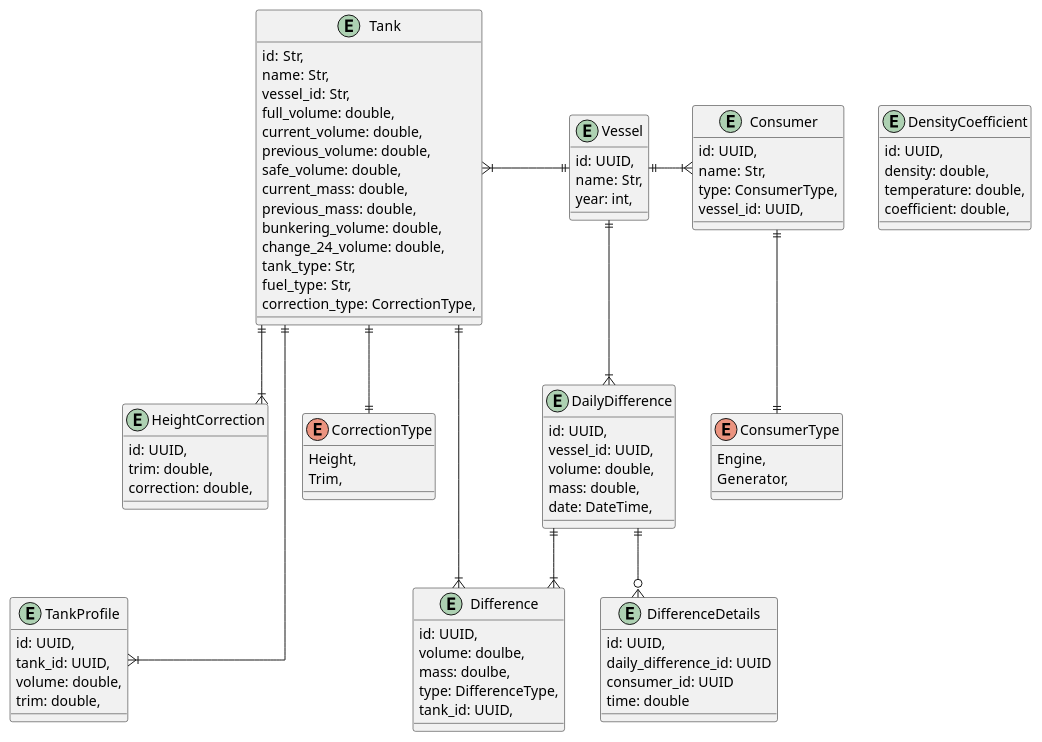
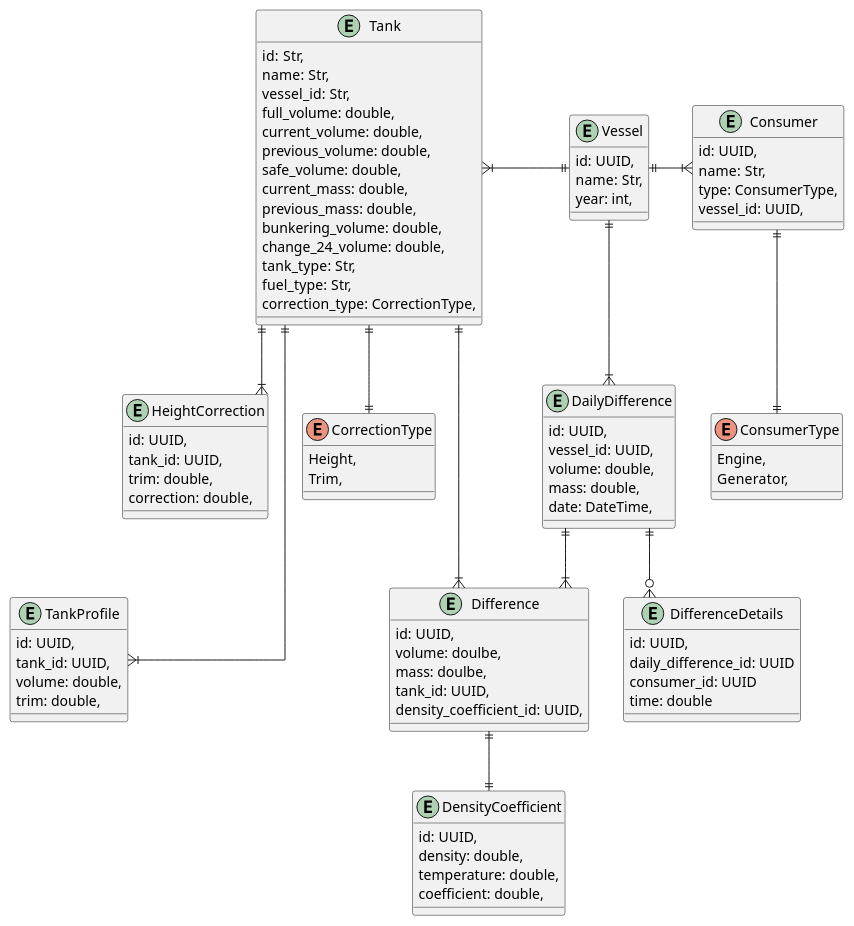
Before and after one commit to DrankedSnake/fuel_monitoring_system: the diagram in src-tauri/docs/domain_model.puml, drawn with PlantUML. The commit also changed 43 other files, not shown here.

Commit message:
* add height difference app * add reactive charts for tanks * add icons for navigation items and styles for them * add revision for new table and update difference and tank tables

```diff
--- a/src-tauri/docs/domain_model.puml
+++ b/src-tauri/docs/domain_model.puml
@@ -1,86 +1,88 @@
 @startuml
 skinparam linetype ortho
 
 entity Tank{
     id: Str,
     name: Str,
     vessel_id: Str,
     full_volume: double,
     current_volume: double,
     previous_volume: double,
     safe_volume: double,
     current_mass: double,
     previous_mass: double,
     bunkering_volume: double,
     change_24_volume: double,
     tank_type: Str,
     fuel_type: Str,
     correction_type: CorrectionType,
 }
 entity Difference{
     id: UUID,
     volume: doulbe,
     mass: doulbe,
-    type: DifferenceType,
     tank_id: UUID,
+    density_coefficient_id: UUID,
 }
 entity Vessel{
     id: UUID,
     name: Str,
     year: int,
 }
 entity Consumer{
     id: UUID,
     name: Str,
     type: ConsumerType,
     vessel_id: UUID,
 }
 entity DailyDifference {
     id: UUID,
     vessel_id: UUID,
     volume: double,
     mass: double,
     date: DateTime,
 }
 entity DifferenceDetails {
     id: UUID,
     daily_difference_id: UUID
     consumer_id: UUID
     time: double
 }
 entity TankProfile {
     id: UUID,
     tank_id: UUID,
     volume: double,
     trim: double,
 }
 entity DensityCoefficient {
     id: UUID,
     density: double,
     temperature: double,
     coefficient: double,
 }
 entity HeightCorrection {
     id: UUID,
+    tank_id: UUID,
     trim: double,
     correction: double,
 }
 enum ConsumerType{
     Engine,
     Generator,
 }
 enum CorrectionType{
     Height,
     Trim,
 }
 Difference }|--|| Tank
+Difference ||--|| DensityCoefficient
 Tank }|-|| Vessel
 Tank ||--|| CorrectionType
 Tank ||-down--|{ TankProfile
 Tank ||--|{ HeightCorrection
 Consumer ||--|| ConsumerType
 Vessel ||-right-|{ Consumer
 Vessel ||--|{DailyDifference
 DailyDifference ||--o{ DifferenceDetails
 DailyDifference ||--|{ Difference
 @enduml
```
